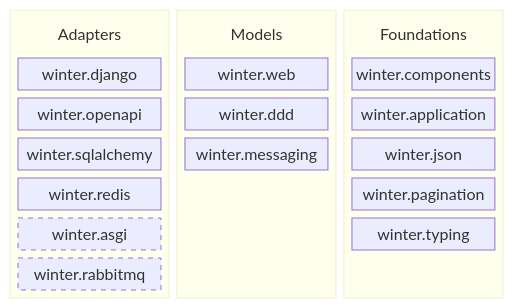
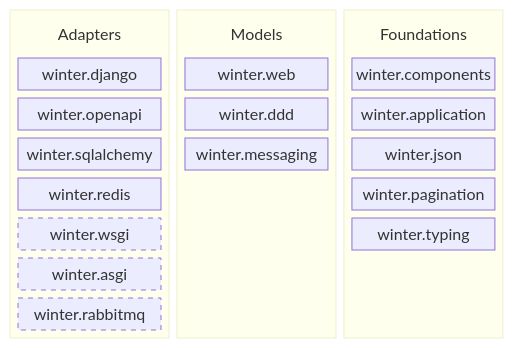
Before and after one commit to WinterFramework/winter: the diagram in docs/architecture.md, drawn with Mermaid. The commit also changed other lines of this file, not shown here.

First line of the commit message:
docs: plan a winter.wsgi adapter next to winter.asgi (#342)

````diff
--- a/docs/architecture.md
+++ b/docs/architecture.md
@@ -9,39 +9,43 @@
 ```mermaid
 block-beta
   columns 3
   block:adapters
     columns 1
     la["Adapters"]
     django["winter.django"]
     openapi["winter.openapi"]
     sqlalchemy["winter.sqlalchemy"]
     redis["winter.redis"]
+    wsgi["winter.wsgi"]
     asgi["winter.asgi"]
     rabbitmq["winter.rabbitmq"]
   end
   block:models
     columns 1
     lm["Models"]
     web["winter.web"]
     ddd["winter.ddd"]
     messaging["winter.messaging"]
+    space
     space
     space
     space
   end
   block:foundations
     columns 1
     lf["Foundations"]
     components["winter.components"]
     application["winter.application"]
     json["winter.json"]
     pagination["winter.pagination"]
     typing["winter.typing"]
     space
+    space
   end
   style la fill:none,stroke:none
   style lm fill:none,stroke:none
   style lf fill:none,stroke:none
+  style wsgi stroke-dasharray: 5 5
   style asgi stroke-dasharray: 5 5
   style rabbitmq stroke-dasharray: 5 5
 ```
````
